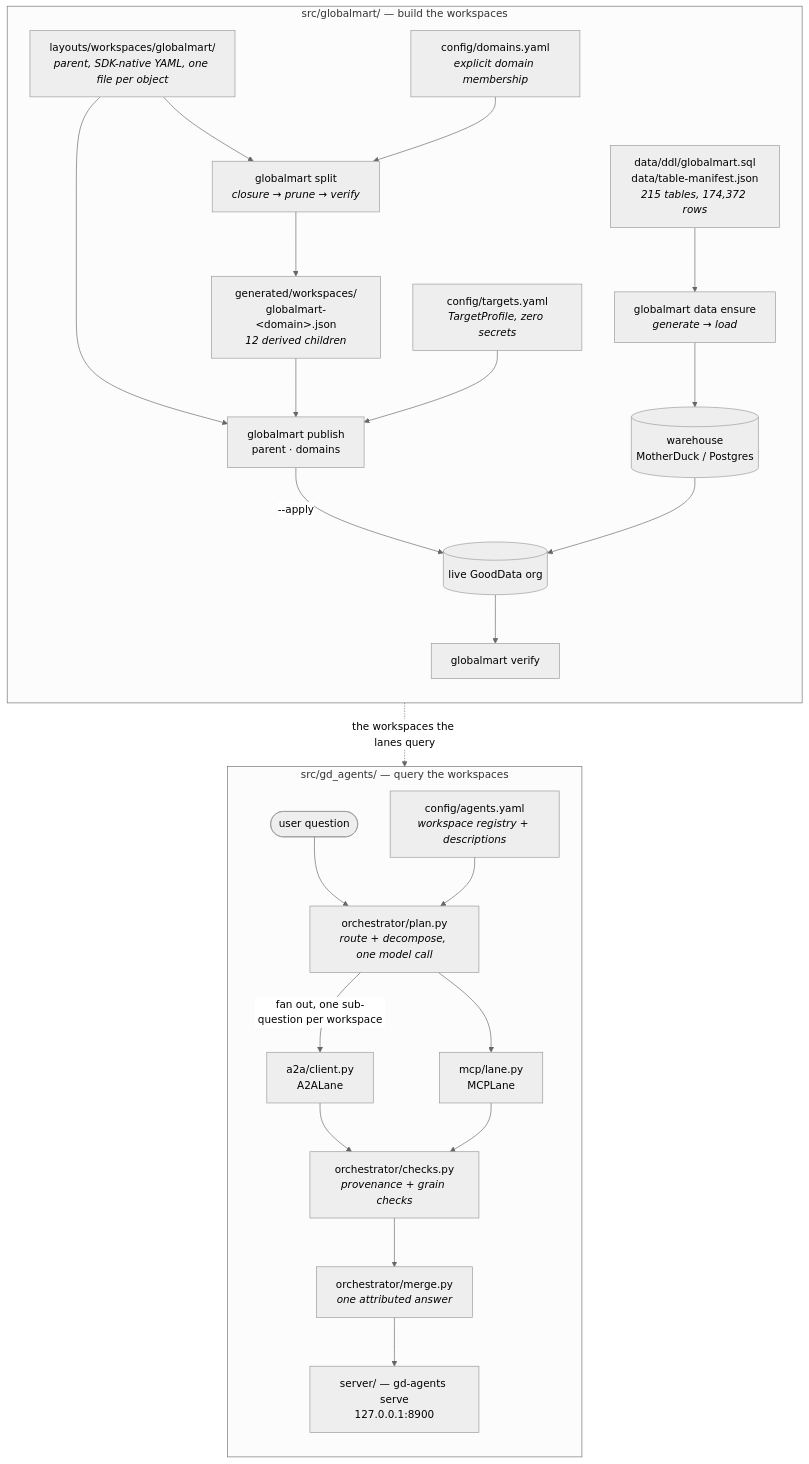
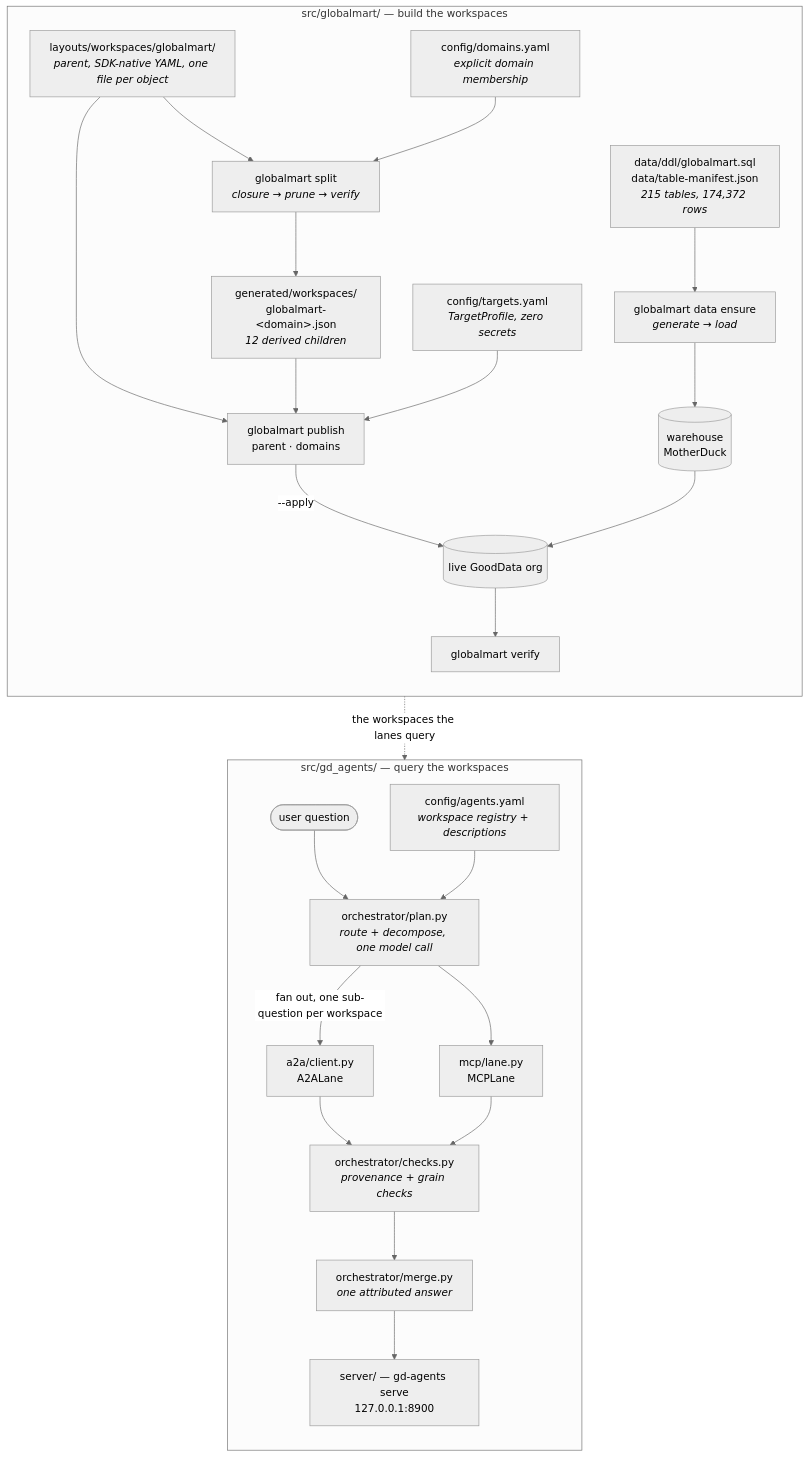
Before and after one commit to Tomkess/gdc-globalmart: the diagram in README.md, drawn with Mermaid (neutral theme). The commit also changed other lines of this file and 7 other files, not shown here.

````diff
--- a/README.md
+++ b/README.md
@@ -26,50 +26,50 @@
 ```mermaid
 flowchart TB
   subgraph build["src/globalmart/ — build the workspaces"]
     direction TB
     L["layouts/workspaces/globalmart/<br/><i>parent, SDK-native YAML, one file per object</i>"]
     DM["config/domains.yaml<br/><i>explicit domain membership</i>"]
     SP["globalmart split<br/><i>closure → prune → verify</i>"]
     GEN["generated/workspaces/<br/>globalmart-&lt;domain&gt;.json<br/><i>12 derived children</i>"]
     DDL["data/ddl/globalmart.sql<br/>data/table-manifest.json<br/><i>215 tables, 174,372 rows</i>"]
     DL["globalmart data ensure<br/><i>generate → load</i>"]
-    WH[("warehouse<br/>MotherDuck / Postgres")]
+    WH[("warehouse<br/>MotherDuck")]
     TG["config/targets.yaml<br/><i>TargetProfile, zero secrets</i>"]
     PUB["globalmart publish<br/>parent · domains"]
     VER["globalmart verify"]
     ORG[("live GoodData org")]
 
     L --> SP
     DM --> SP
     SP --> GEN
     DDL --> DL --> WH
     L --> PUB
     GEN --> PUB
     TG --> PUB
     PUB -->|--apply| ORG
     WH --> ORG
     ORG --> VER
   end
 
   subgraph ask["src/gd_agents/ — query the workspaces"]
     direction TB
     REG["config/agents.yaml<br/><i>workspace registry + descriptions</i>"]
     Q(["user question"])
     PLAN["orchestrator/plan.py<br/><i>route + decompose, one model call</i>"]
     A2A["a2a/client.py<br/>A2ALane"]
     MCP["mcp/lane.py<br/>MCPLane"]
     CHK["orchestrator/checks.py<br/><i>provenance + grain checks</i>"]
     MRG["orchestrator/merge.py<br/><i>one attributed answer</i>"]
     UI["server/ — gd-agents serve<br/>127.0.0.1:8900"]
 
     Q --> PLAN
     REG --> PLAN
     PLAN -->|fan out, one sub-question per workspace| A2A
     PLAN --> MCP
     A2A --> CHK
     MCP --> CHK
     CHK --> MRG --> UI
   end
 
   ORG -.->|the workspaces the lanes query| REG
 ```
````
